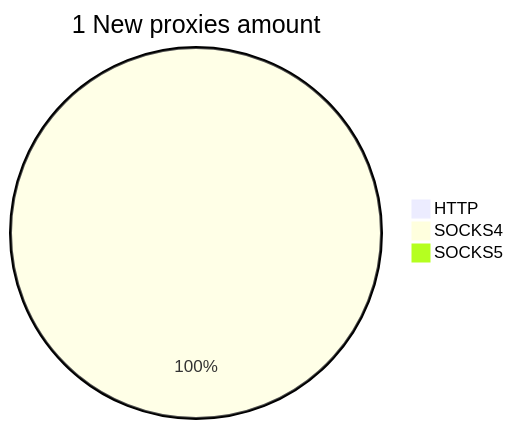
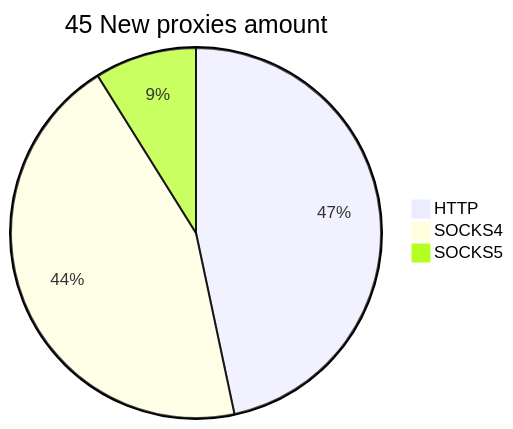
Before and after one commit to cutipu/proxylist: the second of 2 diagrams in README.md, drawn with Mermaid. The commit also changed other lines of this file, not shown here.

````diff
--- a/README.md
+++ b/README.md
@@ -10,6 +10,6 @@
 ```mermaid
-pie title 1 New proxies amount
-    "HTTP" : 0
-    "SOCKS4" : 2
-    "SOCKS5" : 0
+pie title 45 New proxies amount
+    "HTTP" : 21
+    "SOCKS4" : 20
+    "SOCKS5" : 4
 ```
````
